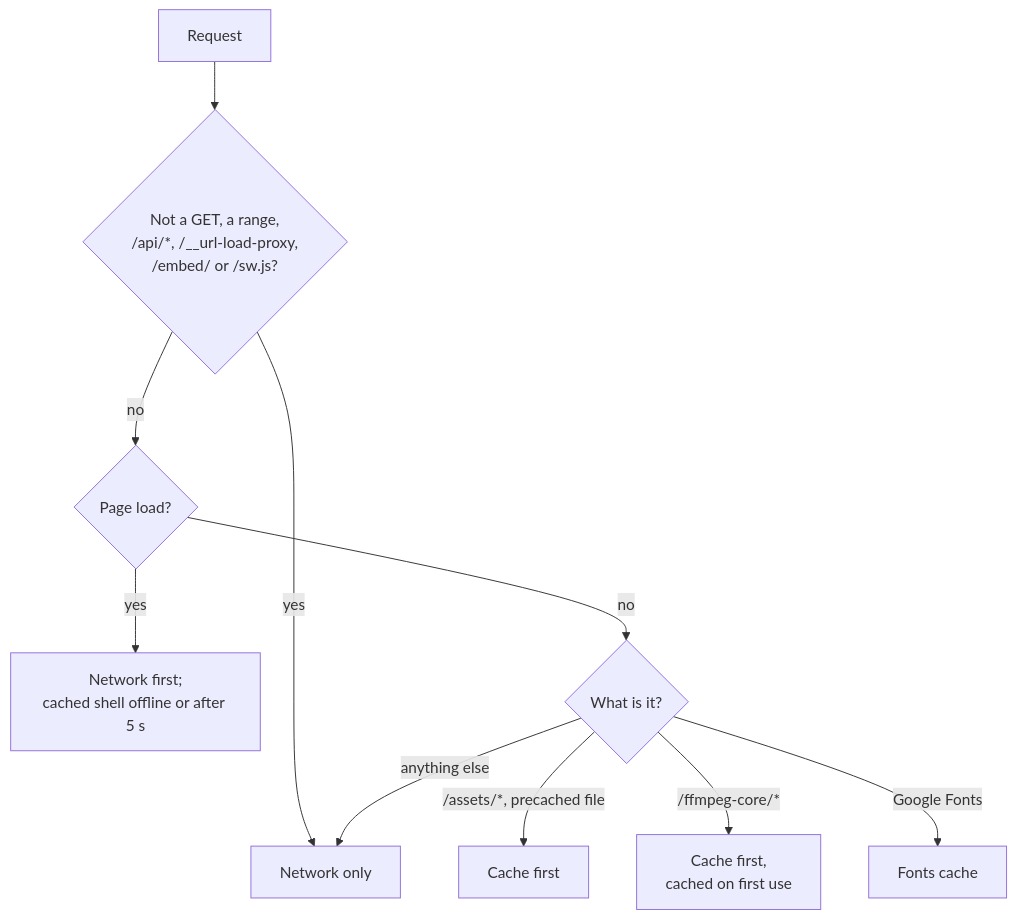
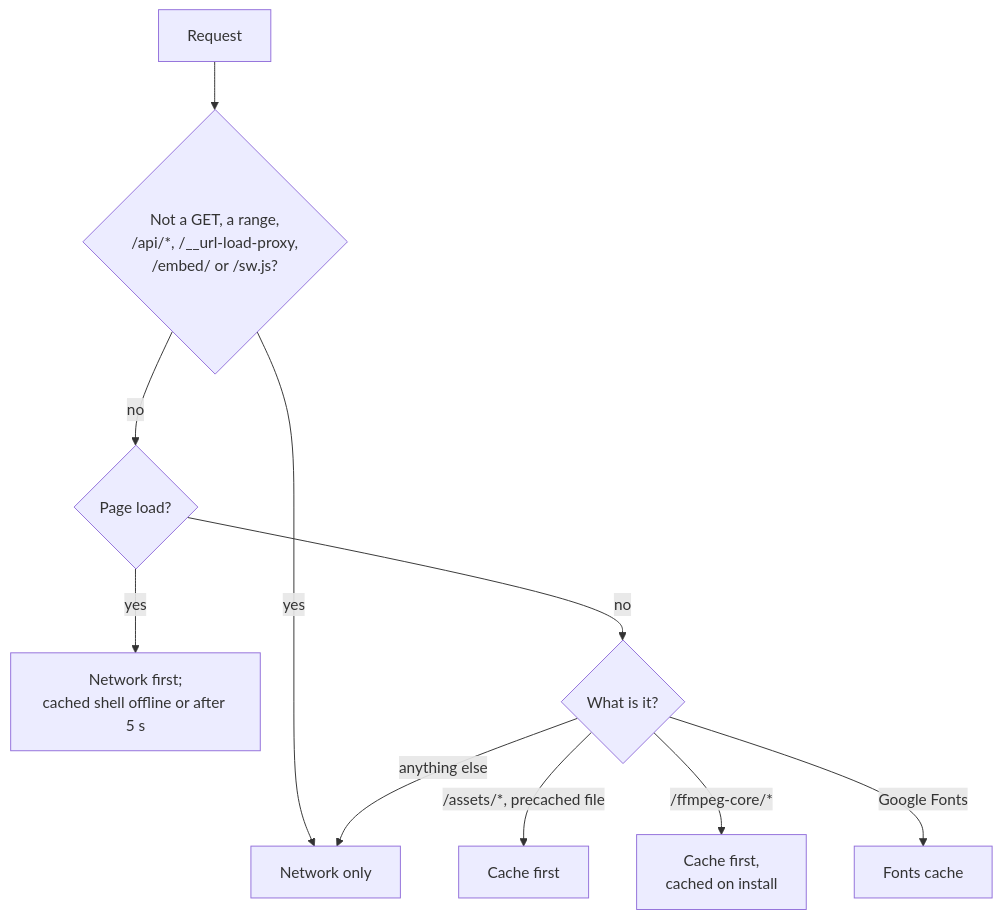
The third of 20 diagrams in docs/player-web.md (nulltask/be-music), drawn with Mermaid before and after one commit. The commit also changed other lines of this file and 9 other files, not shown here.

First line of the commit message:
feat(app-play): cache the ffmpeg core and UI fonts on install, and ask for persistent storage

````diff
--- a/docs/player-web.md
+++ b/docs/player-web.md
@@ -203,12 +203,12 @@
 ```mermaid
 flowchart TD
   request[Request] --> dynamic{"Not a GET, a range,<br/>/api/*, /__url-load-proxy,<br/>/embed/ or /sw.js?"}
   dynamic -- yes --> network[Network only]
   dynamic -- no --> page{Page load?}
   page -- yes --> shell["Network first;<br/>cached shell offline or after 5 s"]
   page -- no --> kind{What is it?}
   kind -- "/assets/*, precached file" --> cacheFirst[Cache first]
-  kind -- "/ffmpeg-core/*" --> ffmpeg["Cache first,<br/>cached on first use"]
+  kind -- "/ffmpeg-core/*" --> ffmpeg["Cache first,<br/>cached on install"]
   kind -- "Google Fonts" --> fonts[Fonts cache]
   kind -- "anything else" --> network
 ```
````
